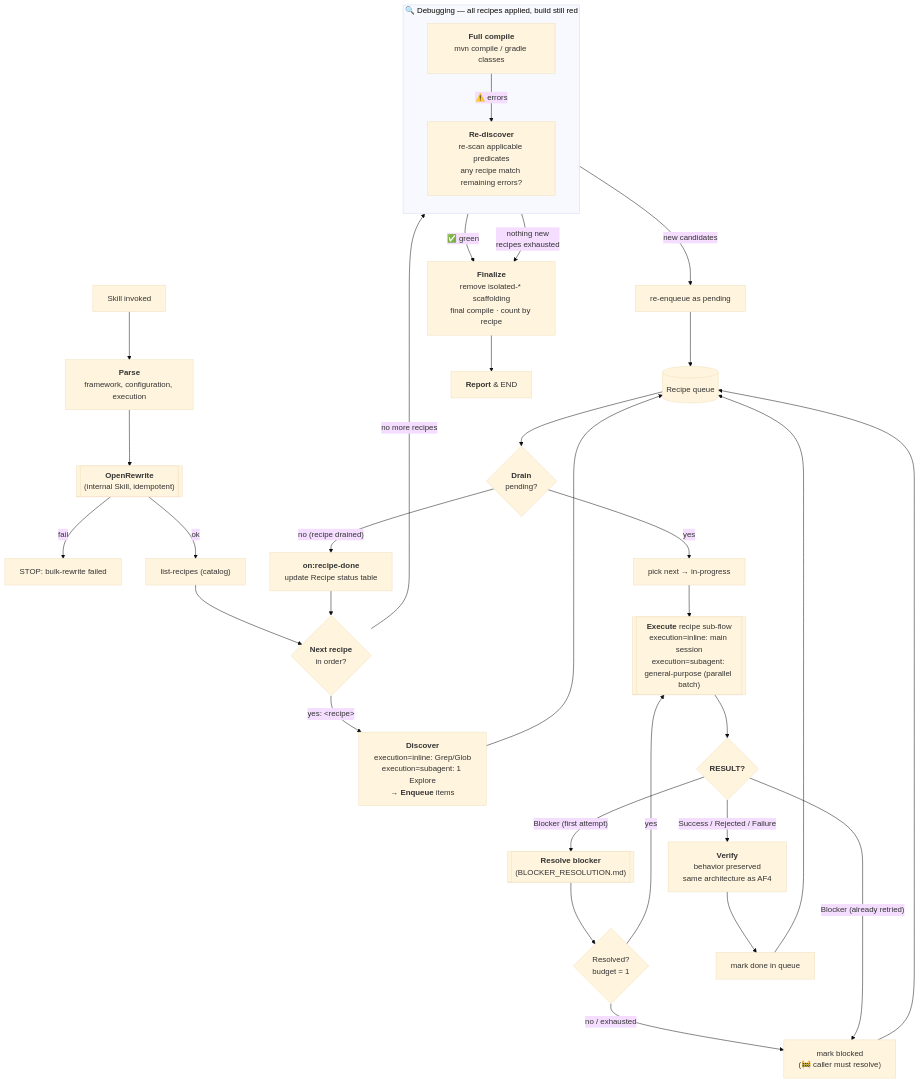
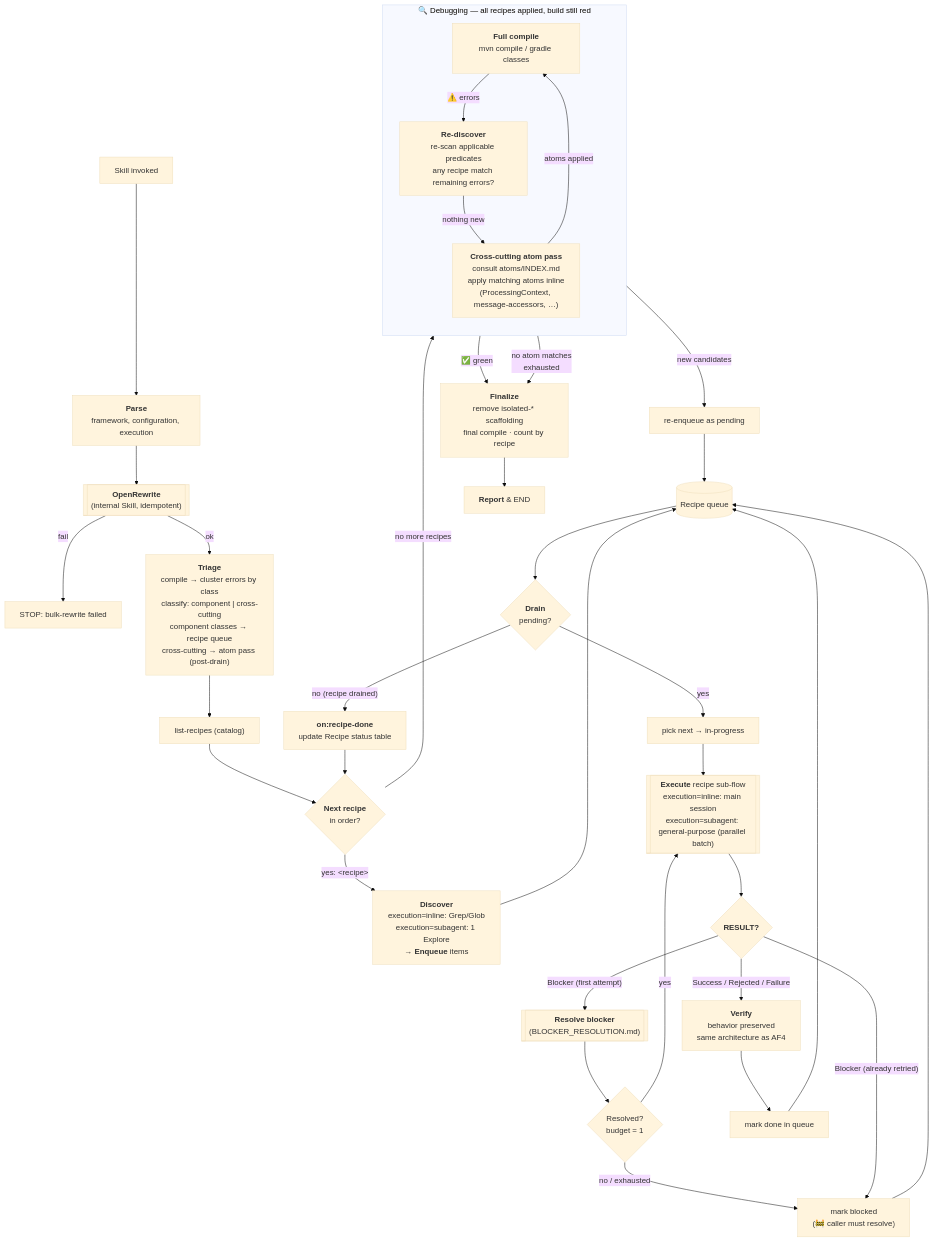
One commit to AxonIQ/agent-skills changed the second of 2 diagrams in skills/axon4to5-migrate/SKILL.md. Above: the diagram before and after it, drawn with Mermaid (base theme). The commit also changed other lines of this file and 19 other files, not shown here.

First line of the commit message:
skills(axon4to5-migrate): refactor to wiki-style atomic recipe architecture

````diff
--- a/skills/axon4to5-migrate/SKILL.md
+++ b/skills/axon4to5-migrate/SKILL.md
@@ -181,39 +192,43 @@
 ```mermaid
 flowchart TD
     A[Skill invoked] --> PARSE["<b>Parse</b><br/>framework, configuration, execution"]
     PARSE --> ORW[["<b>OpenRewrite</b><br/>(internal Skill, idempotent)"]]
     ORW -- fail --> XORW[STOP: bulk-rewrite failed]
-    ORW -- ok --> B["list-recipes (catalog)"]
+    ORW -- ok --> TRIAGE["<b>Triage</b><br/>compile → cluster errors by class<br/>classify: component | cross-cutting<br/>component classes → recipe queue<br/>cross-cutting → atom pass (post-drain)"]
+    TRIAGE --> B["list-recipes (catalog)"]
     B --> RL{"<b>Next recipe</b><br/>in order?"}
     RL -- "yes: &lt;recipe&gt;" --> DISC["<b>Discover</b><br/>execution=inline: Grep/Glob<br/>execution=subagent: 1 Explore<br/>→ <b>Enqueue</b> items"]
     DISC --> Q[(Recipe queue)]
     Q --> L{"<b>Drain</b><br/>pending?"}
     L -- yes --> INP["pick next → in-progress"]
     INP --> W[["<b>Execute</b> recipe sub-flow<br/>execution=inline: main session<br/>execution=subagent: general-purpose (parallel batch)"]]
     W --> R{<b>RESULT?</b>}
     R -- "Blocker (first attempt)" --> BR[["<b>Resolve blocker</b><br/>(BLOCKER_RESOLUTION.md)"]]
     BR --> BRQ{"Resolved?<br/>budget = 1"}
     BRQ -- yes --> W
     BRQ -- "no / exhausted" --> BLK["mark blocked<br/>(🚧 caller must resolve)"]
     R -- "Blocker (already retried)" --> BLK
     R -- "Success / Rejected / Failure" --> VER["<b>Verify</b><br/>behavior preserved<br/>same architecture as AF4"]
     VER --> DONE["mark done in queue"]
     DONE --> Q
     BLK --> Q
     L -- "no (recipe drained)" --> RDONE["<b>on:recipe-done</b><br/>update Recipe status table"]
     RDONE --> RL
     RL -- "no more recipes" --> DBG_COMP
 
     subgraph DEBUG ["🔍 Debugging — all recipes applied, build still red"]
         direction TB
         DBG_COMP["<b>Full compile</b><br/>mvn compile / gradle classes"]
         DBG_REDISC["<b>Re-discover</b><br/>re-scan applicable predicates<br/>any recipe match remaining errors?"]
+        DBG_ATOMS["<b>Cross-cutting atom pass</b><br/>consult atoms/INDEX.md<br/>apply matching atoms inline<br/>(ProcessingContext, message-accessors, …)"]
         DBG_COMP -- "⚠️ errors" --> DBG_REDISC
+        DBG_REDISC -- "nothing new" --> DBG_ATOMS
     end
 
     DBG_COMP -- "✅ green" --> FIN["<b>Finalize</b><br/>remove isolated-* scaffolding<br/>final compile · count by recipe"]
     DBG_REDISC -- "new candidates" --> REENQ["re-enqueue as pending"]
     REENQ --> Q
-    DBG_REDISC -- "nothing new<br/>recipes exhausted" --> FIN
+    DBG_ATOMS -- "atoms applied" --> DBG_COMP
+    DBG_ATOMS -- "no atom matches<br/>exhausted" --> FIN
     FIN --> RPT["<b>Report</b> &amp; END"]
 ```
````
